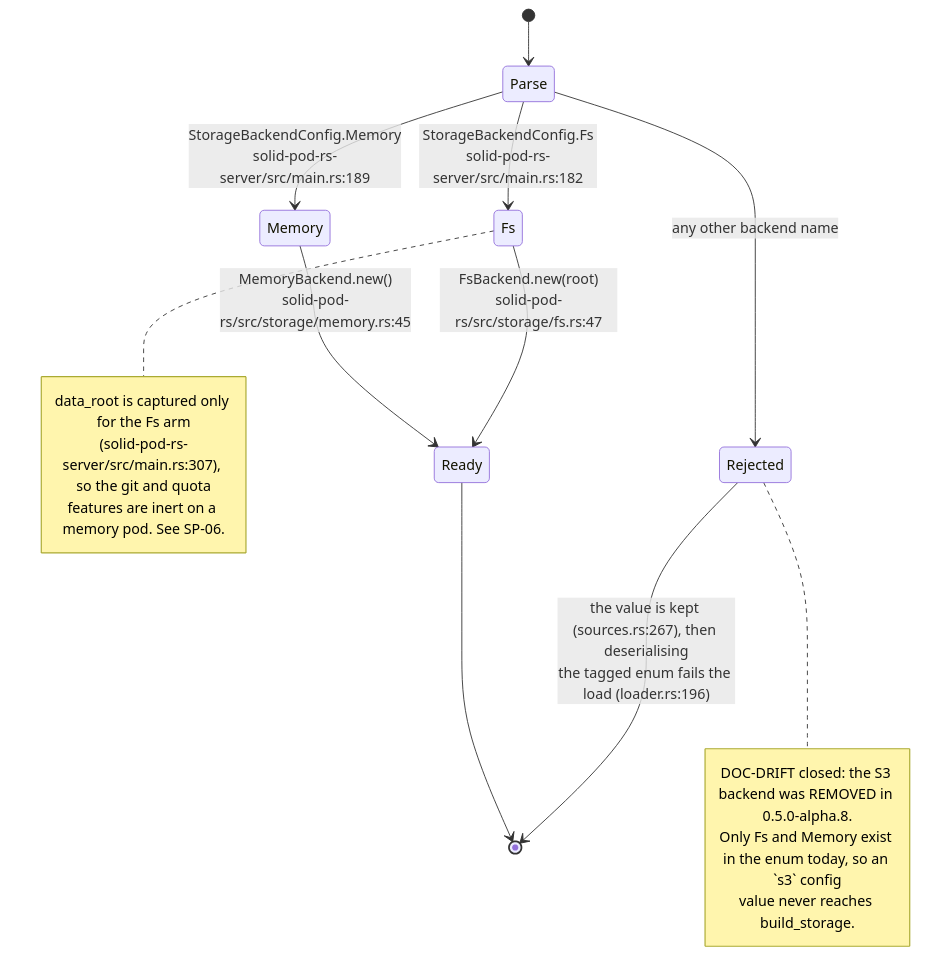
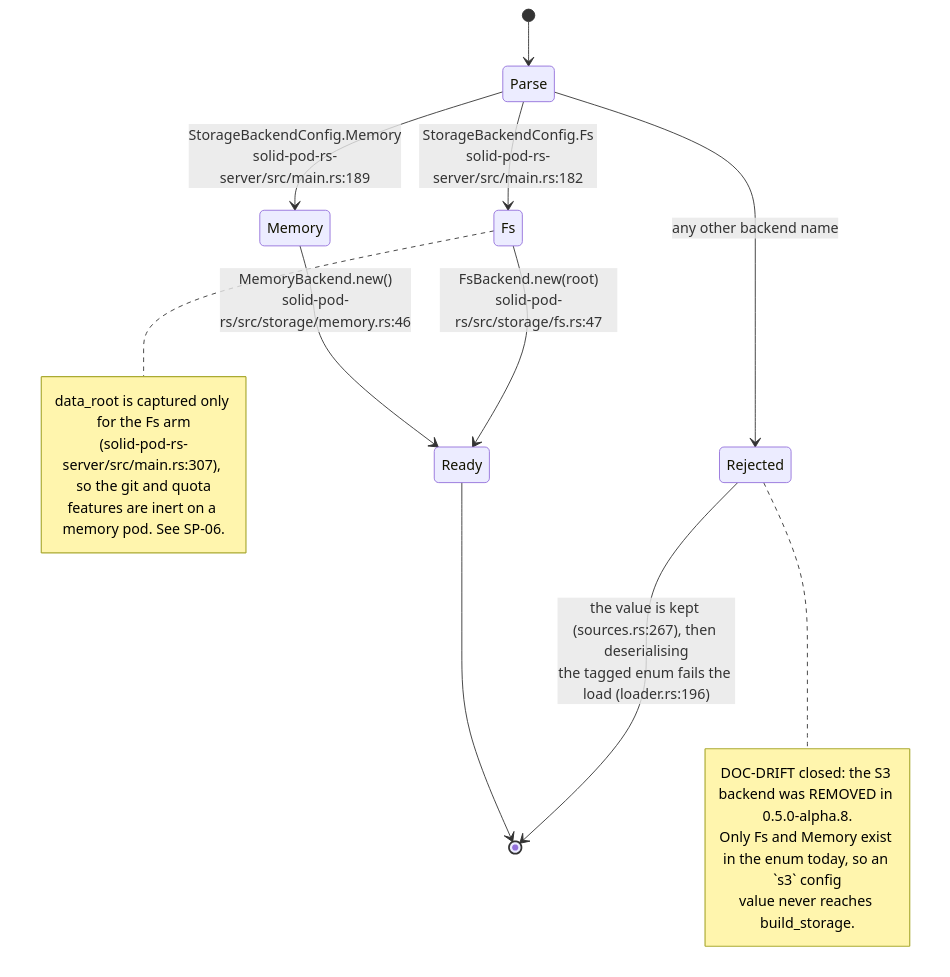
Before and after one commit to DreamLab-AI/VisionFlow: the fifth of 11 diagrams in docs/diagrams/solid-pod-rs/02-server-boot-and-routes.md, drawn with Mermaid. The commit also changed other lines of this file and 154 other files, not shown here.

First line of the commit message:
docs(diagrams): re-stamp 154 topics whose every citation still reads the same text at the current heads

````diff
--- a/docs/diagrams/solid-pod-rs/02-server-boot-and-routes.md
+++ b/docs/diagrams/solid-pod-rs/02-server-boot-and-routes.md
@@ -155,24 +155,24 @@
 ```mermaid
 stateDiagram-v2
     [*] --> Parse
     Parse --> Fs: StorageBackendConfig.Fs<br/>solid-pod-rs-server/src/main.rs:182
     Parse --> Memory: StorageBackendConfig.Memory<br/>solid-pod-rs-server/src/main.rs:189
     Parse --> Rejected: any other backend name
 
     Fs --> Ready: FsBackend.new(root)<br/>solid-pod-rs/src/storage/fs.rs:47
-    Memory --> Ready: MemoryBackend.new()<br/>solid-pod-rs/src/storage/memory.rs:45
+    Memory --> Ready: MemoryBackend.new()<br/>solid-pod-rs/src/storage/memory.rs:46
     Rejected --> [*]: the value is kept (sources.rs:267), then deserialising<br/>the tagged enum fails the load (loader.rs:196)
 
     Ready --> [*]
 
     note right of Rejected
       DOC-DRIFT closed: the S3 backend was REMOVED in 0.5.0-alpha.8.
       Only Fs and Memory exist in the enum today, so an `s3` config
       value never reaches build_storage.
     end note
     note right of Fs
       data_root is captured only for the Fs arm
       (solid-pod-rs-server/src/main.rs:307), so the git and quota
       features are inert on a memory pod. See SP-06.
     end note
 ```
````
